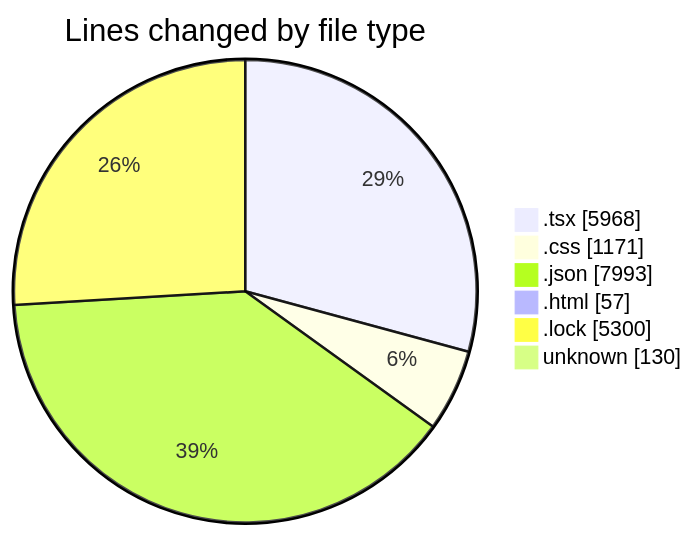
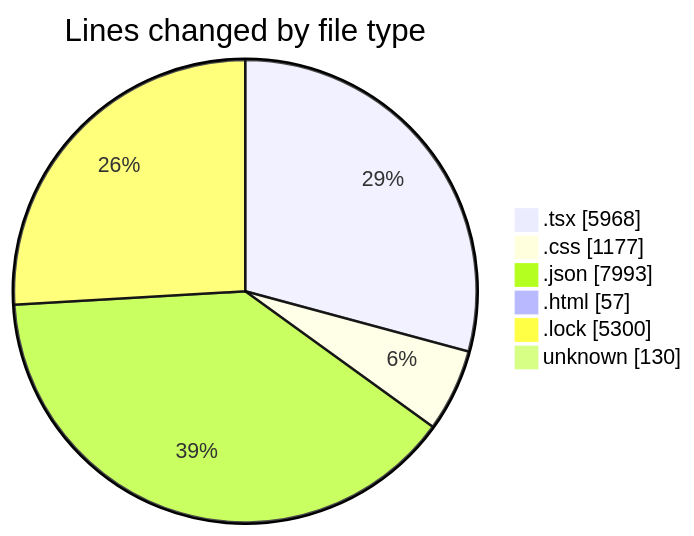
Before and after one commit to EIIisD/code-tracking: the first of 2 diagrams in 2025-08-12/ribbon/README.md, drawn with Mermaid. The commit also changed other lines of this file and 1 other file, not shown here.

````diff
--- a/2025-08-12/ribbon/README.md
+++ b/2025-08-12/ribbon/README.md
@@ -45,10 +45,10 @@
 ```mermaid
 pie showData
 title Lines changed by file type
 ".tsx" : 5968
-".css" : 1171
+".css" : 1177
 ".json" : 7993
 ".html" : 57
 ".lock" : 5300
 "unknown" : 130
 ```
````
